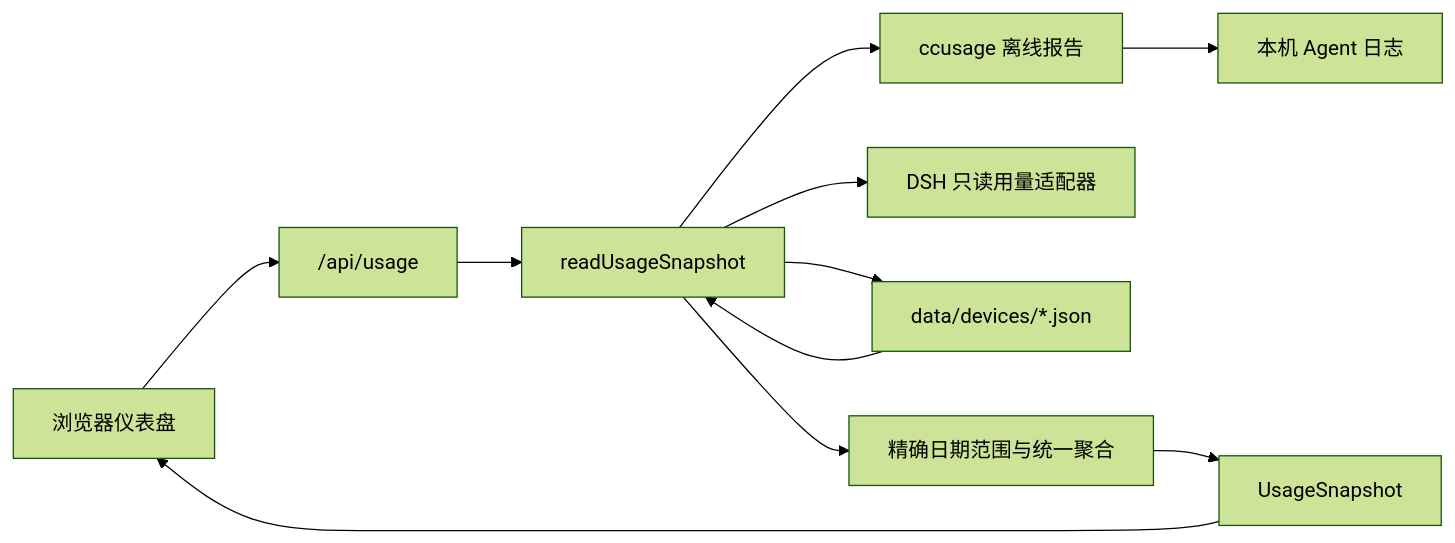
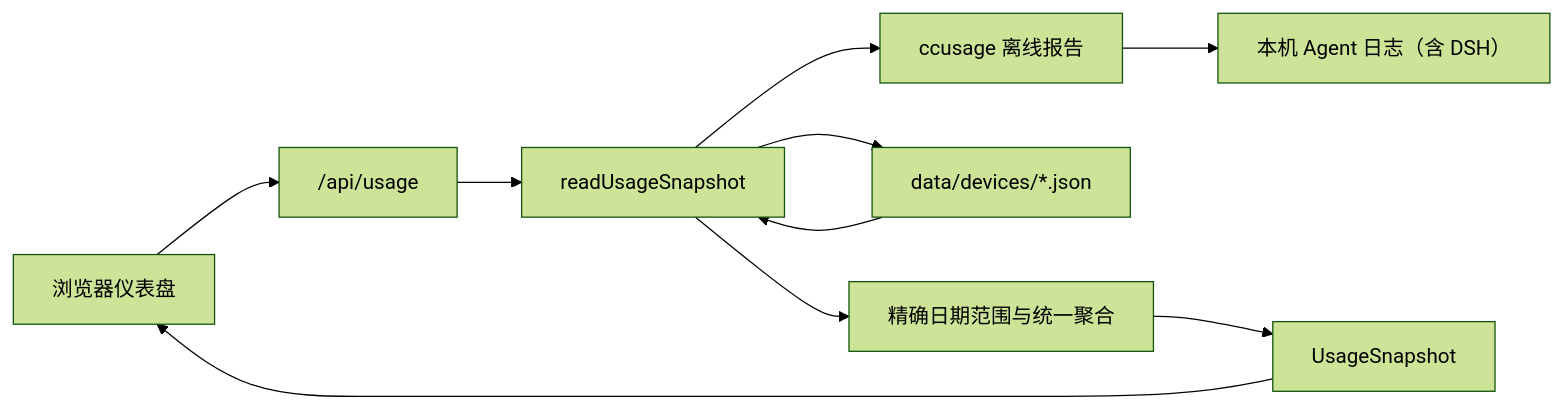
Before and after one commit to DonsonHH/Token-Atlas: the diagram in README.md, drawn with Mermaid (forest theme). The commit also changed other lines of this file and 40 other files, not shown here.

````diff
--- a/README.md
+++ b/README.md
@@ -174,13 +162,12 @@
 ```mermaid
 flowchart LR
   Browser["浏览器仪表盘"] --> Route["/api/usage"]
   Route --> Reader["readUsageSnapshot"]
   Reader --> Cli["ccusage 离线报告"]
-  Reader --> Dsh["DSH 只读用量适配器"]
   Reader --> Imports["data/devices/*.json"]
-  Cli --> Local["本机 Agent 日志"]
+  Cli --> Local["本机 Agent 日志（含 DSH）"]
   Imports --> Reader
   Reader --> Domain["精确日期范围与统一聚合"]
   Domain --> Snapshot["UsageSnapshot"]
   Snapshot --> Browser
 ```
````
